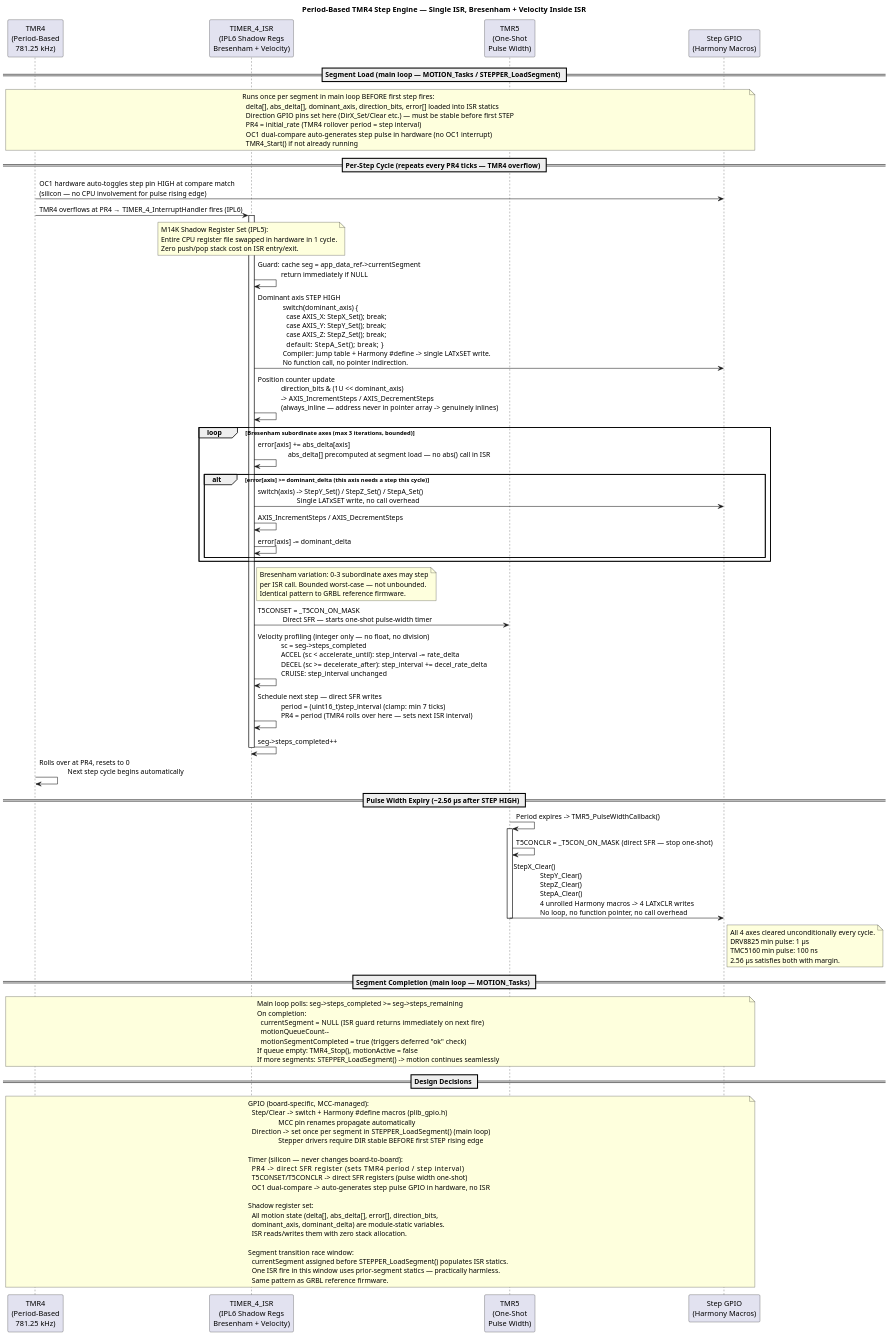
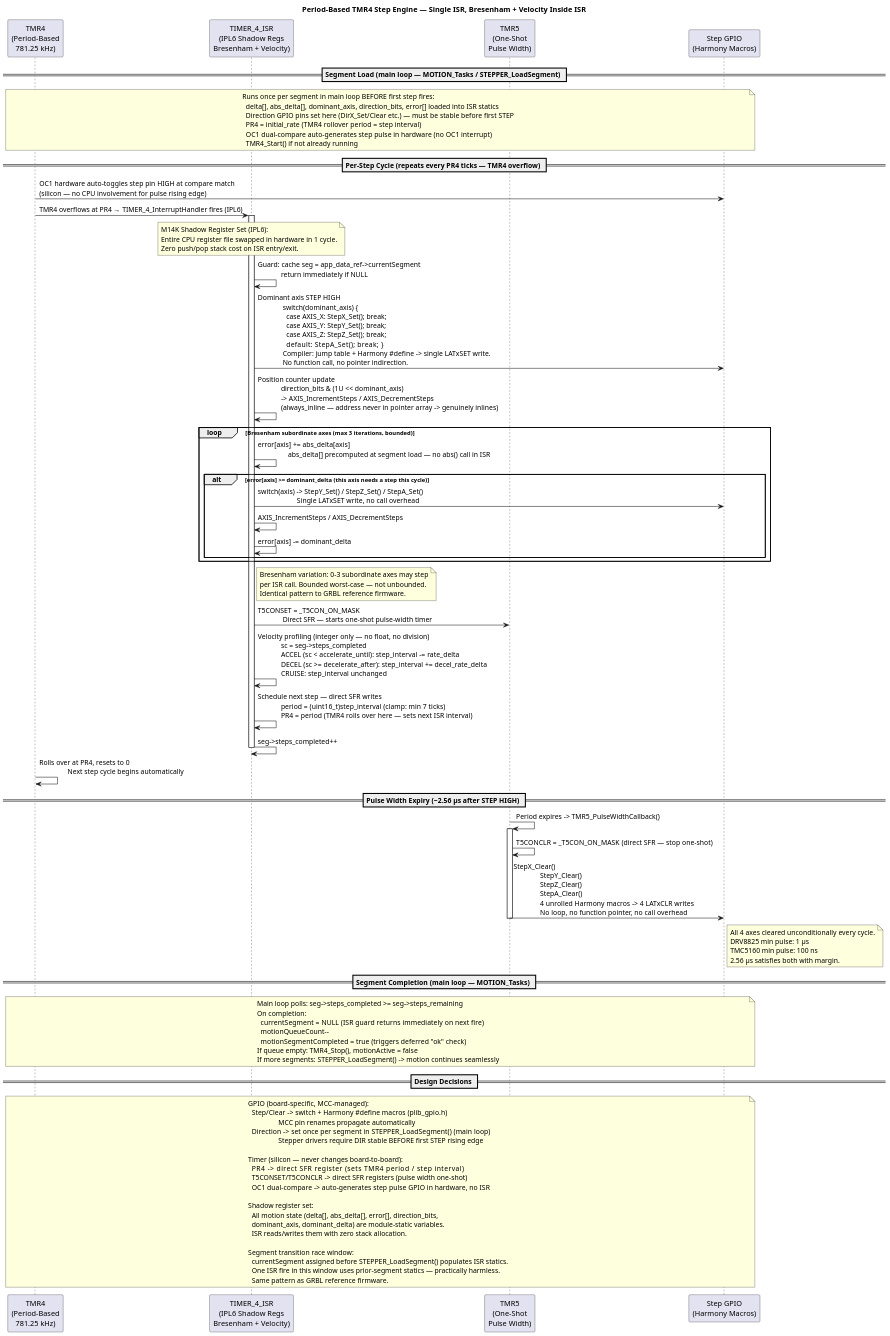
One commit to Davec6505/Pic32mzCNC_V3 changed the diagram in docs/plantuml/02_segment_clock.puml. Above: the diagram before and after it, drawn with PlantUML. The commit also changed 9 other files, not shown here.

First line of the commit message:
docs: move STATUS+BOOK to docs/readme; fix README; rewrite all UML diagrams

```diff
--- a/docs/plantuml/02_segment_clock.puml
+++ b/docs/plantuml/02_segment_clock.puml
@@ -1,118 +1,118 @@
 @startuml
 title Period-Based TMR4 Step Engine — Single ISR, Bresenham + Velocity Inside ISR
 ' Current architecture as of March 2026 (scurve_motion branch)
 ' GRBL-exact three-pass planner runs in main loop after each enqueue.
 ' ISR is TIMER_4_InterruptHandler (TMR4 overflow, IPL6 shadow regs).
 ' ISR is pure integer: reads pre-computed rate fields, no float, no division.
 ' OC1 hardware (dual-compare) auto-toggles step GPIO — no OC1 interrupt used.
 
 scale 1.5
 
 participant "TMR4\n(Period-Based\n781.25 kHz)" as TMR4
 participant "TIMER_4_ISR\n(IPL6 Shadow Regs\nBresenham + Velocity)" as ISR
 participant "TMR5\n(One-Shot\nPulse Width)" as TMR5
 participant "Step GPIO\n(Harmony Macros)" as GPIO
 
 == Segment Load (main loop — MOTION_Tasks / STEPPER_LoadSegment) ==
 note over TMR4, GPIO
   Runs once per segment in main loop BEFORE first step fires:
     delta[], abs_delta[], dominant_axis, direction_bits, error[] loaded into ISR statics
     Direction GPIO pins set here (DirX_Set/Clear etc.) — must be stable before first STEP
     PR4 = initial_rate  (TMR4 rollover period = step interval)
     OC1 dual-compare auto-generates step pulse in hardware (no OC1 interrupt)
     TMR4_Start() if not already running
 end note
 
 == Per-Step Cycle (repeats every PR4 ticks — TMR4 overflow) ==
 
 TMR4 -> GPIO : OC1 hardware auto-toggles step pin HIGH at compare match\n(silicon — no CPU involvement for pulse rising edge)
 TMR4 -> ISR : TMR4 overflows at PR4 → TIMER_4_InterruptHandler fires (IPL6)
 activate ISR
 note over ISR
-  M14K Shadow Register Set (IPL5):
+  M14K Shadow Register Set (IPL6):
   Entire CPU register file swapped in hardware in 1 cycle.
   Zero push/pop stack cost on ISR entry/exit.
 end note
 
 ISR -> ISR : Guard: cache seg = app_data_ref->currentSegment\n             return immediately if NULL
 
 ISR -> GPIO : Dominant axis STEP HIGH\n              switch(dominant_axis) {\n                case AXIS_X: StepX_Set(); break;\n                case AXIS_Y: StepY_Set(); break;\n                case AXIS_Z: StepZ_Set(); break;\n                default:     StepA_Set(); break; }\n              Compiler: jump table + Harmony #define -> single LATxSET write.\n              No function call, no pointer indirection.
 
 ISR -> ISR : Position counter update\n             direction_bits & (1U << dominant_axis)\n             -> AXIS_IncrementSteps / AXIS_DecrementSteps\n             (always_inline — address never in pointer array -> genuinely inlines)
 
 loop Bresenham subordinate axes (max 3 iterations, bounded)
     ISR -> ISR : error[axis] += abs_delta[axis]\n                 abs_delta[] precomputed at segment load — no abs() call in ISR
     alt error[axis] >= dominant_delta (this axis needs a step this cycle)
         ISR -> GPIO : switch(axis) -> StepY_Set() / StepZ_Set() / StepA_Set()\n                      Single LATxSET write, no call overhead
         ISR -> ISR : AXIS_IncrementSteps / AXIS_DecrementSteps
         ISR -> ISR : error[axis] -= dominant_delta
     end
 end
 
 note right of ISR
   Bresenham variation: 0-3 subordinate axes may step
   per ISR call. Bounded worst-case — not unbounded.
   Identical pattern to GRBL reference firmware.
 end note
 
 ISR -> TMR5 : T5CONSET = _T5CON_ON_MASK\n              Direct SFR — starts one-shot pulse-width timer
 
 ISR -> ISR : Velocity profiling (integer only — no float, no division)\n             sc = seg->steps_completed\n             ACCEL  (sc < accelerate_until): step_interval -= rate_delta\n             DECEL  (sc >= decelerate_after): step_interval += decel_rate_delta\n             CRUISE: step_interval unchanged
 
 ISR -> ISR : Schedule next step — direct SFR writes\n             period = (uint16_t)step_interval  (clamp: min 7 ticks)\n             PR4 = period  (TMR4 rolls over here — sets next ISR interval)
 
 ISR -> ISR : seg->steps_completed++
 deactivate ISR
 
 TMR4 -> TMR4 : Rolls over at PR4, resets to 0\n                Next step cycle begins automatically
 
 == Pulse Width Expiry (~2.56 µs after STEP HIGH) ==
 
 TMR5 -> TMR5 : Period expires -> TMR5_PulseWidthCallback()
 activate TMR5
 TMR5 -> TMR5 : T5CONCLR = _T5CON_ON_MASK  (direct SFR — stop one-shot)
 TMR5 -> GPIO : StepX_Clear()\n               StepY_Clear()\n               StepZ_Clear()\n               StepA_Clear()\n               4 unrolled Harmony macros -> 4 LATxCLR writes\n               No loop, no function pointer, no call overhead
 note right of GPIO
   All 4 axes cleared unconditionally every cycle.
   DRV8825 min pulse: 1 µs
   TMC5160 min pulse: 100 ns
   2.56 µs satisfies both with margin.
 end note
 deactivate TMR5
 
 == Segment Completion (main loop — MOTION_Tasks) ==
 note over TMR4, GPIO
   Main loop polls: seg->steps_completed >= seg->steps_remaining
   On completion:
     currentSegment = NULL   (ISR guard returns immediately on next fire)
     motionQueueCount--
     motionSegmentCompleted = true  (triggers deferred "ok" check)
   If queue empty: TMR4_Stop(), motionActive = false
   If more segments: STEPPER_LoadSegment() -> motion continues seamlessly
 end note
 
 == Design Decisions ==
 note over TMR4, GPIO
   GPIO (board-specific, MCC-managed):
     Step/Clear  -> switch + Harmony #define macros (plib_gpio.h)
                    MCC pin renames propagate automatically
     Direction   -> set once per segment in STEPPER_LoadSegment() (main loop)
                    Stepper drivers require DIR stable BEFORE first STEP rising edge
 
   Timer (silicon — never changes board-to-board):
     PR4               -> direct SFR register (sets TMR4 period / step interval)
     T5CONSET/T5CONCLR -> direct SFR registers (pulse width one-shot)
     OC1 dual-compare  -> auto-generates step pulse GPIO in hardware, no ISR
 
   Shadow register set:
     All motion state (delta[], abs_delta[], error[], direction_bits,
     dominant_axis, dominant_delta) are module-static variables.
     ISR reads/writes them with zero stack allocation.
 
   Segment transition race window:
     currentSegment assigned before STEPPER_LoadSegment() populates ISR statics.
     One ISR fire in this window uses prior-segment statics — practically harmless.
     Same pattern as GRBL reference firmware.
 end note
 
 @enduml
```
